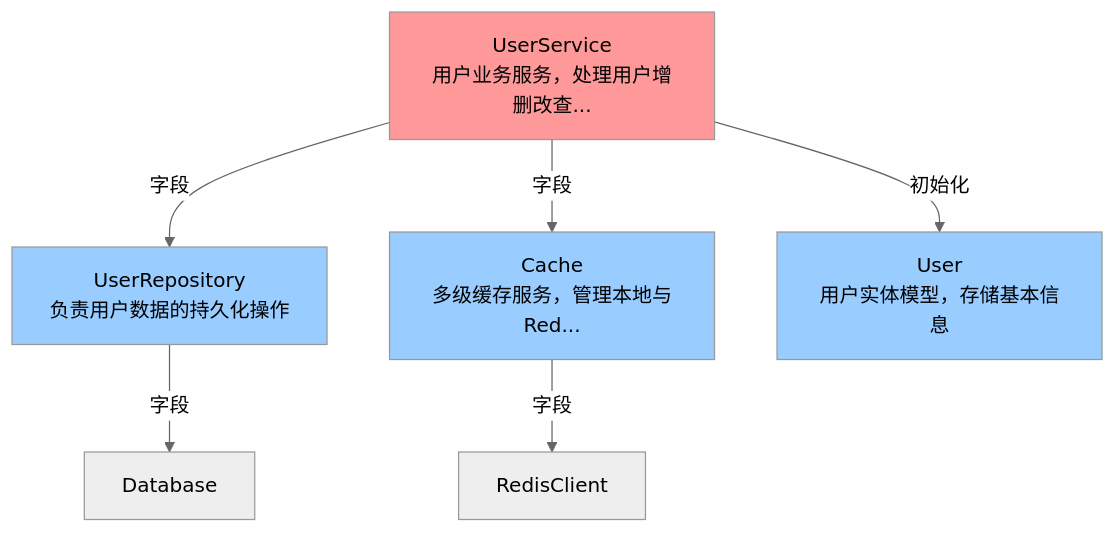
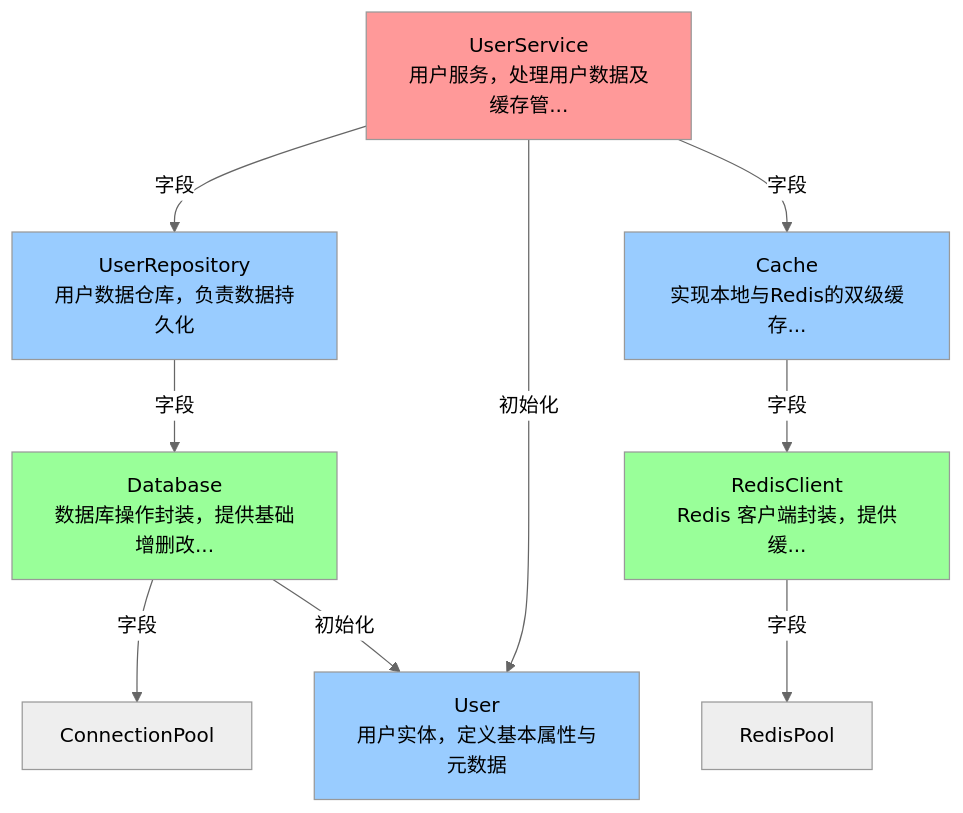
Before and after one commit to qs3c/anal_go_agent: the diagram in analysis_report.md, drawn with Mermaid (neutral theme). The commit also changed other lines of this file and 4 other files, not shown here.

````diff
--- a/analysis_report.md
+++ b/analysis_report.md
@@ -149,18 +216,25 @@
 ```mermaid
 graph TD
-    UserService["UserService<br/>用户业务服务，处理用户增删改查..."]
-    UserRepository["UserRepository<br/>负责用户数据的持久化操作"]
-    Cache["Cache<br/>多级缓存服务，管理本地与Red..."]
-    User["User<br/>用户实体模型，存储基本信息"]
+    UserService["UserService<br/>用户服务，处理用户数据及缓存管..."]
+    UserRepository["UserRepository<br/>用户数据仓库，负责数据持久化"]
+    Cache["Cache<br/>实现本地与Redis的双级缓存..."]
+    User["User<br/>用户实体，定义基本属性与元数据"]
+    Database["Database<br/>数据库操作封装，提供基础增删改..."]
+    RedisClient["RedisClient<br/>Redis 客户端封装，提供缓..."]
 
     UserService -->|字段| UserRepository
     UserService -->|字段| Cache
     UserService -->|初始化| User
     UserRepository -->|字段| Database
     Cache -->|字段| RedisClient
+    Database -->|字段| ConnectionPool
+    Database -->|初始化| User
+    RedisClient -->|字段| RedisPool
 
     style UserService fill:#ff9999
     style UserRepository fill:#99ccff
     style Cache fill:#99ccff
     style User fill:#99ccff
+    style Database fill:#99ff99
+    style RedisClient fill:#99ff99
 ```
````
